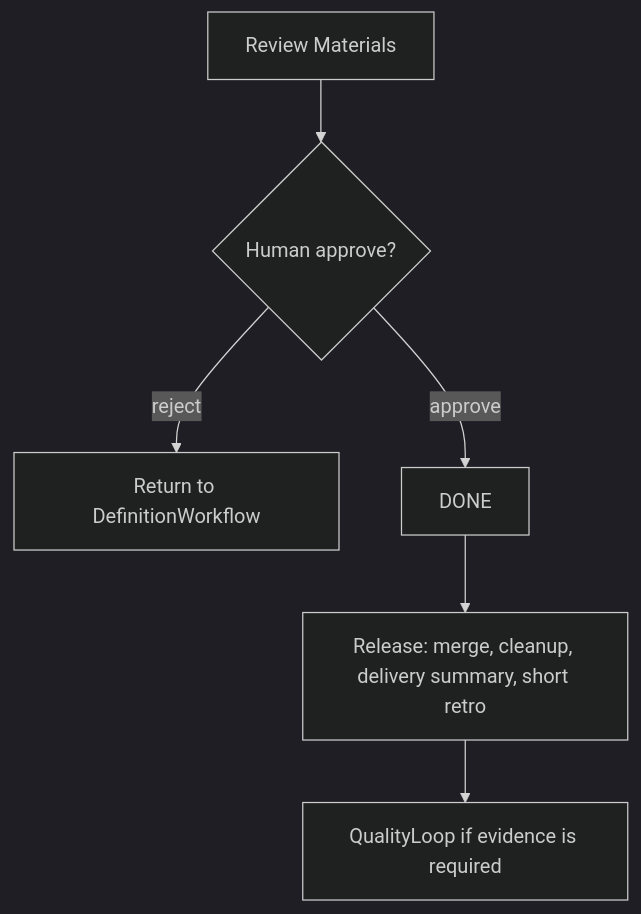
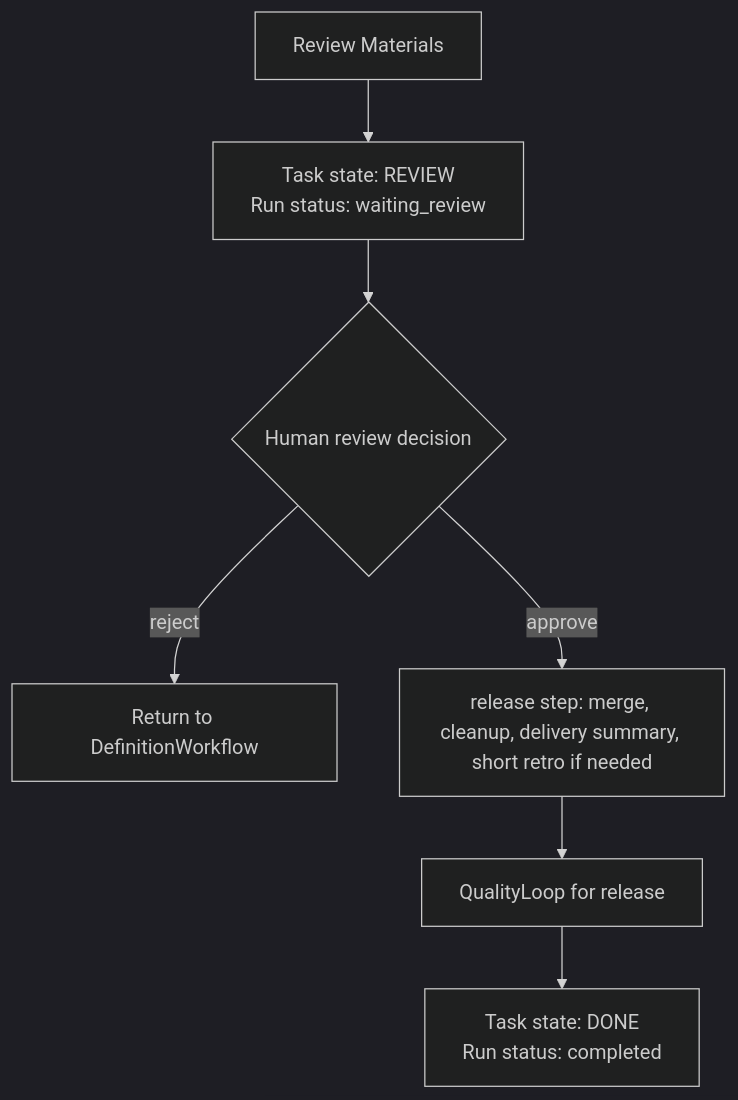
Before and after one commit to samzhu/grimoAPP: the eighth of 10 diagrams in docs/grimo/references/grimo-agent-workflow-definition.md, drawn with Mermaid (dark theme). The commit also changed other lines of this file and 29 other files, not shown here.

````diff
--- a/docs/grimo/references/grimo-agent-workflow-definition.md
+++ b/docs/grimo/references/grimo-agent-workflow-definition.md
@@ -300,8 +324,9 @@
 ```mermaid
 flowchart TD
-  Materials["Review Materials"] --> HumanGate{"Human approve?"}
+  Materials["Review Materials"] --> ReviewState["Task state: REVIEW<br/>Run status: waiting_review"]
+  ReviewState --> HumanGate{"Human review decision"}
   HumanGate -- "reject" --> RedefinePath["Return to DefinitionWorkflow"]
-  HumanGate -- "approve" --> Done["DONE"]
-  Done --> Release["Release: merge, cleanup, delivery summary, short retro"]
-  Release --> ReleaseQL["QualityLoop if evidence is required"]
+  HumanGate -- "approve" --> Release["release step: merge, cleanup, delivery summary, short retro if needed"]
+  Release --> ReleaseQL["QualityLoop for release"]
+  ReleaseQL --> Done["Task state: DONE<br/>Run status: completed"]
 ```
````
